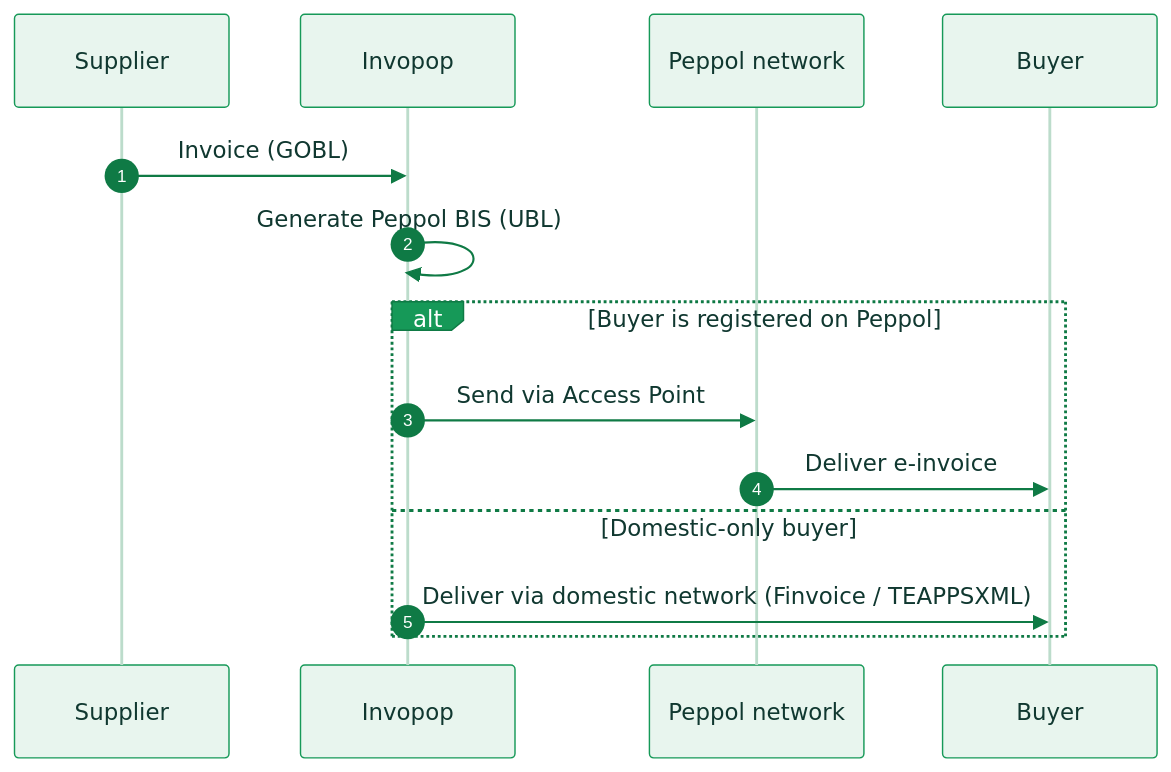
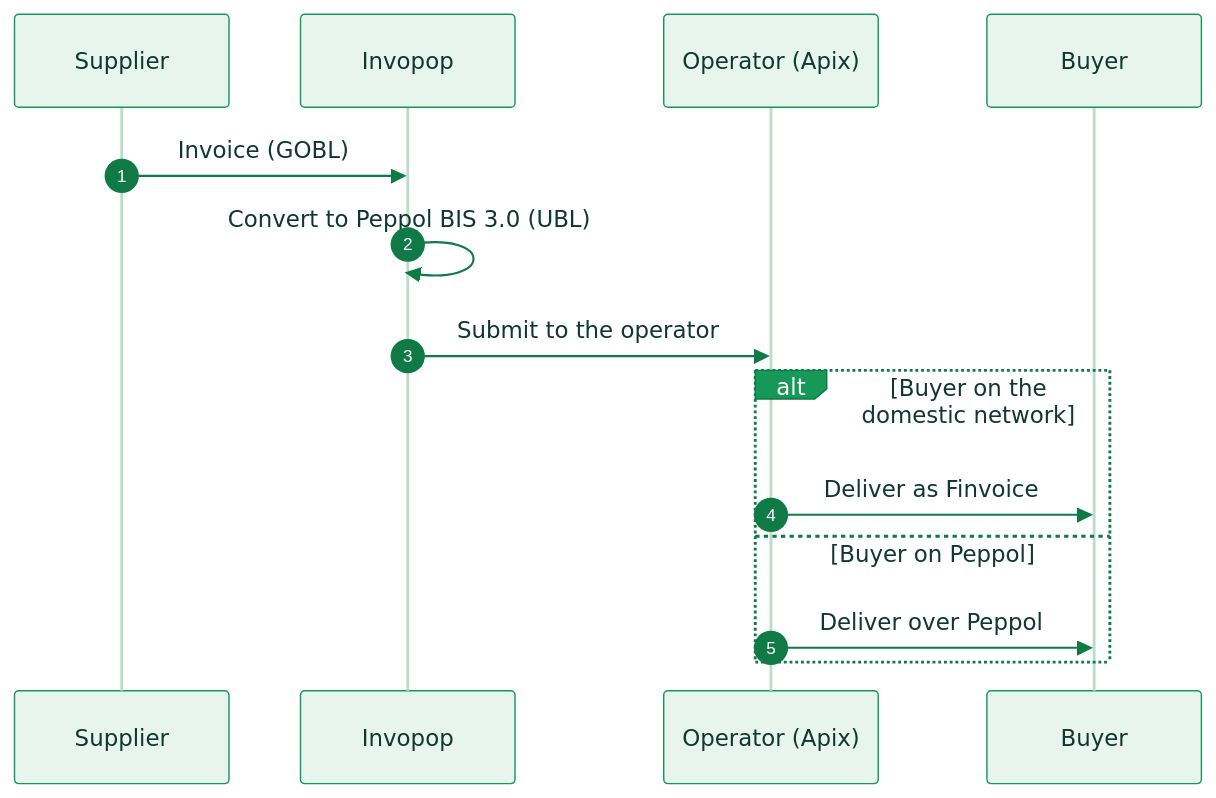
The diagram in compliance/finland.mdx (invopop/docs.invopop.com), drawn with Mermaid before and after one commit. The commit also changed other lines of this file and 39 other files, not shown here.

Commit message:
Add Finland app and guides, correcting Peppol-only content

````diff
--- a/compliance/finland.mdx
+++ b/compliance/finland.mdx
@@ -41,17 +41,17 @@
 ```mermaid actions={false}
 %%{init: {'theme':'base','themeVariables':{'actorBkg':'#e8f5ee','actorBorder':'#169958','actorTextColor':'#103830','actorLineColor':'#bcdccb','signalColor':'#0f7a45','signalTextColor':'#103830','noteBkgColor':'#ffffff','noteBorderColor':'#169958','noteTextColor':'#103830','labelBoxBkgColor':'#169958','labelBoxBorderColor':'#0f7a45','labelTextColor':'#ffffff','sequenceNumberColor':'#ffffff'}}}%%
 sequenceDiagram
     autonumber
     participant S as Supplier
     participant IV as Invopop
-    participant P as Peppol network
+    participant AX as Operator (Apix)
     participant B as Buyer
     S->>IV: Invoice (GOBL)
-    IV->>IV: Generate Peppol BIS (UBL)
-    alt Buyer is registered on Peppol
-        IV->>P: Send via Access Point
-        P->>B: Deliver e-invoice
-    else Domestic-only buyer
-        IV->>B: Deliver via domestic network (Finvoice / TEAPPSXML)
+    IV->>IV: Convert to Peppol BIS 3.0 (UBL)
+    IV->>AX: Submit to the operator
+    alt Buyer on the domestic network
+        AX->>B: Deliver as Finvoice
+    else Buyer on Peppol
+        AX->>B: Deliver over Peppol
     end
 ```
````
